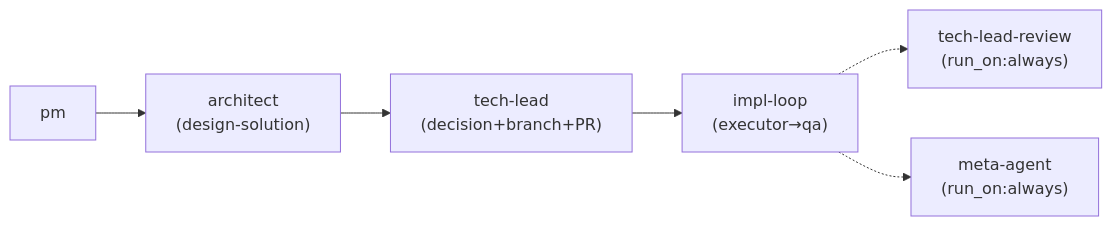
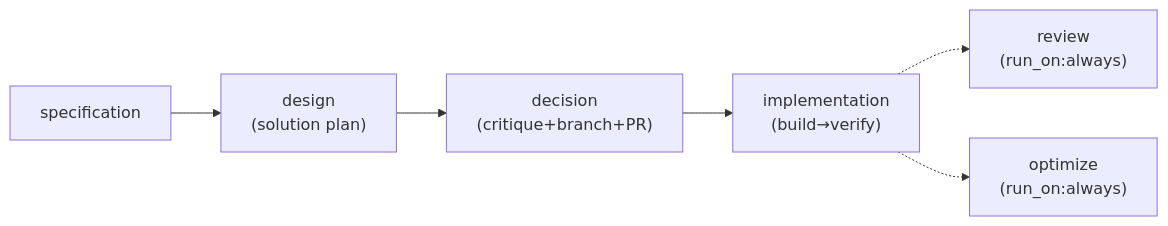
One commit to korchasa/flowai-workflow changed the third of 3 diagrams in documents/design.md. Above: the diagram before and after it, drawn with Mermaid. The commit also changed other lines of this file and 6 other files, not shown here.

````diff
--- a/documents/design.md
+++ b/documents/design.md
@@ -64,8 +64,8 @@
 ```mermaid
 graph LR
-    PM["pm"] --> Arch["architect<br/>(design-solution)"]
-    Arch --> TL["tech-lead<br/>(decision+branch+PR)"]
-    TL --> Loop["impl-loop<br/>(executor→qa)"]
-    Loop -.-> TLR["tech-lead-review<br/>(run_on:always)"]
-    Loop -.-> MA["meta-agent<br/>(run_on:always)"]
+    Spec["specification"] --> Design["design<br/>(solution plan)"]
+    Design --> Decision["decision<br/>(critique+branch+PR)"]
+    Decision --> Loop["implementation<br/>(build→verify)"]
+    Loop -.-> Review["review<br/>(run_on:always)"]
+    Loop -.-> Optimize["optimize<br/>(run_on:always)"]
 ```
````
